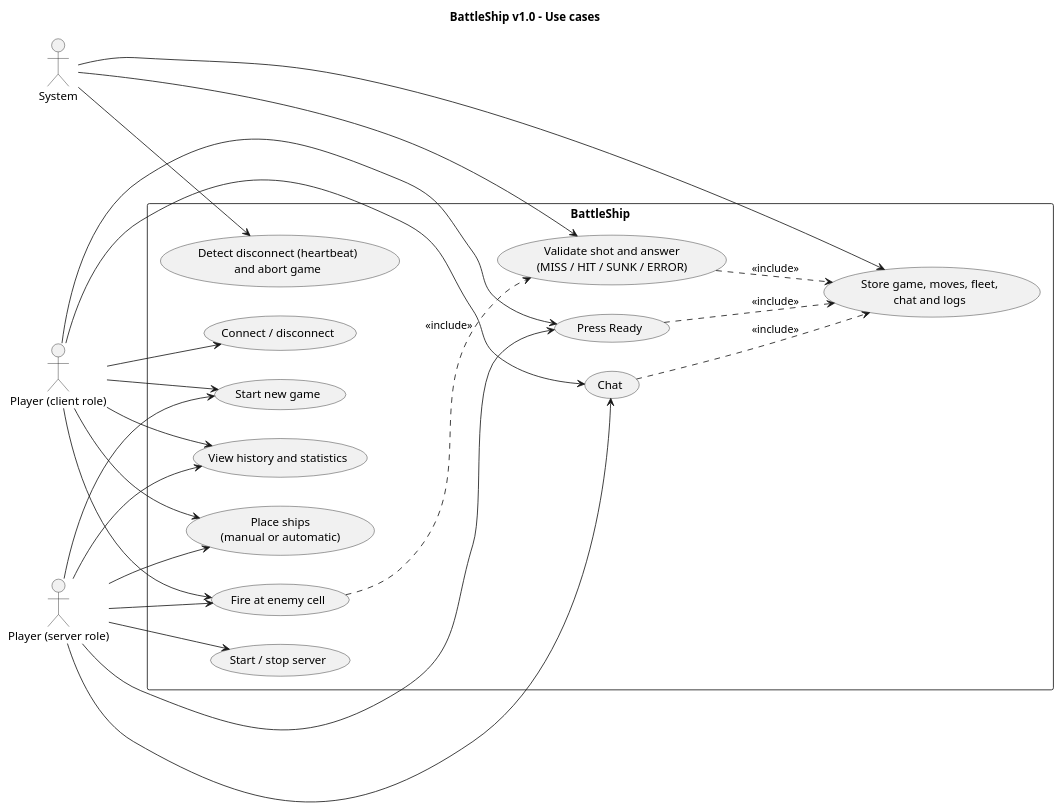
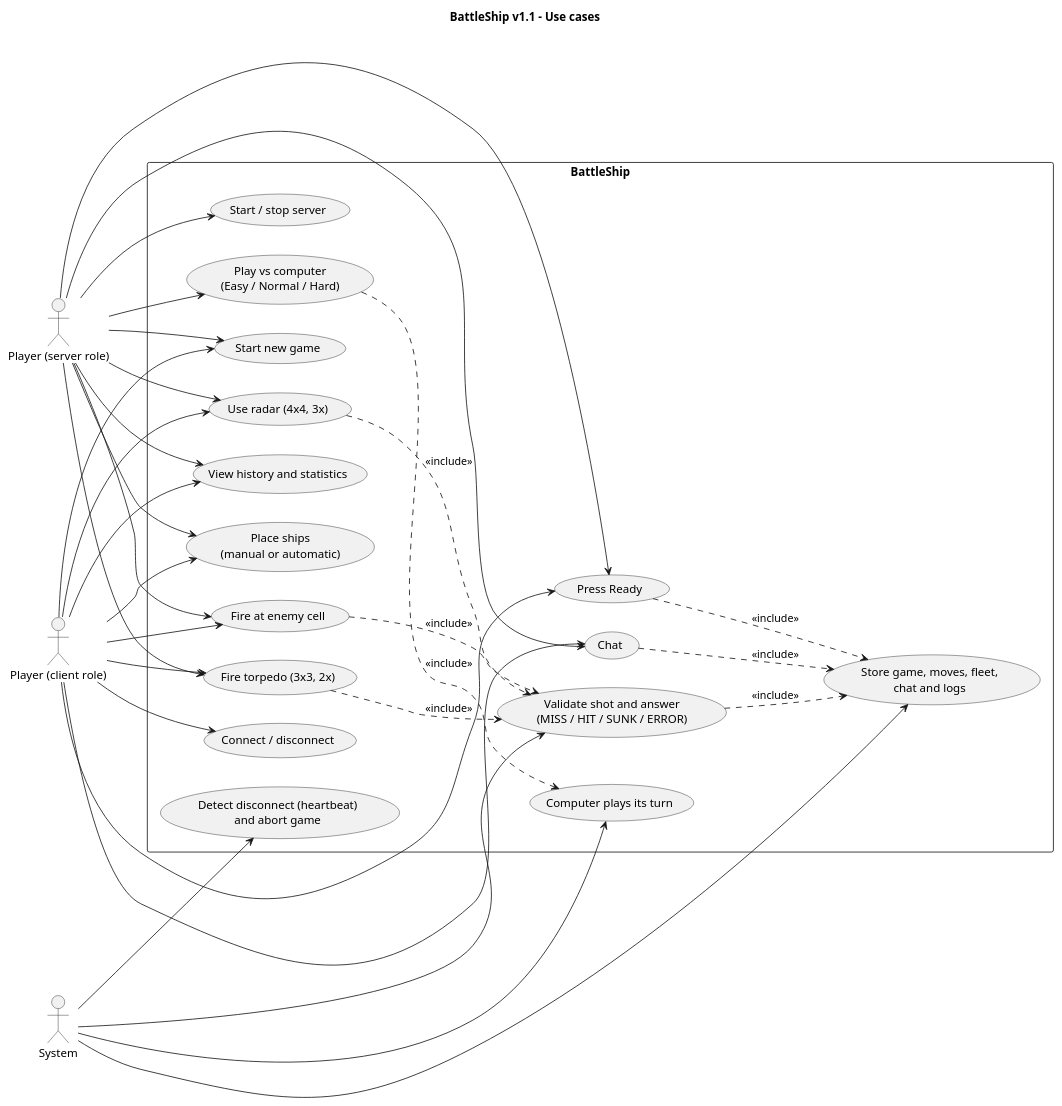
The diagram in docs/diagrams/usecase.puml (okantao/vurgahpeyi), drawn with PlantUML before and after one commit. The commit also changed 16 other files, not shown here.

Commit message:
docs: describe computer opponent, radar, torpedo and new UI (v1.1)

```diff
--- a/docs/diagrams/usecase.puml
+++ b/docs/diagrams/usecase.puml
@@ -1,45 +1,58 @@
 @startuml usecase
-title BattleShip v1.0 - Use cases
+title BattleShip v1.1 - Use cases
 left to right direction
 
 actor "Player (server role)" as Server
 actor "Player (client role)" as Client
 actor "System" as System
 
 rectangle BattleShip {
   usecase "Start / stop server" as UC1
   usecase "Connect / disconnect" as UC2
   usecase "Place ships\n(manual or automatic)" as UC3
   usecase "Press Ready" as UC4
   usecase "Fire at enemy cell" as UC5
+  usecase "Use radar (4x4, 3x)" as UC12
+  usecase "Fire torpedo (3x3, 2x)" as UC13
+  usecase "Play vs computer\n(Easy / Normal / Hard)" as UC14
+  usecase "Computer plays its turn" as UC15
   usecase "Chat" as UC6
   usecase "View history and statistics" as UC7
   usecase "Start new game" as UC8
   usecase "Validate shot and answer\n(MISS / HIT / SUNK / ERROR)" as UC9
   usecase "Store game, moves, fleet,\nchat and logs" as UC10
   usecase "Detect disconnect (heartbeat)\nand abort game" as UC11
 }
 
 Server --> UC1
 Client --> UC2
 Server --> UC3
 Client --> UC3
 Server --> UC4
 Client --> UC4
 Server --> UC5
 Client --> UC5
 Server --> UC6
 Client --> UC6
 Server --> UC7
 Client --> UC7
 Server --> UC8
 Client --> UC8
 
 UC5 ..> UC9 : <<include>>
+UC12 ..> UC9 : <<include>>
+UC13 ..> UC9 : <<include>>
+Server --> UC12
+Client --> UC12
+Server --> UC13
+Client --> UC13
+Server --> UC14
+UC14 ..> UC15 : <<include>>
+System --> UC15
 UC9 ..> UC10 : <<include>>
 UC4 ..> UC10 : <<include>>
 UC6 ..> UC10 : <<include>>
 System --> UC9
 System --> UC10
 System --> UC11
 @enduml
```
